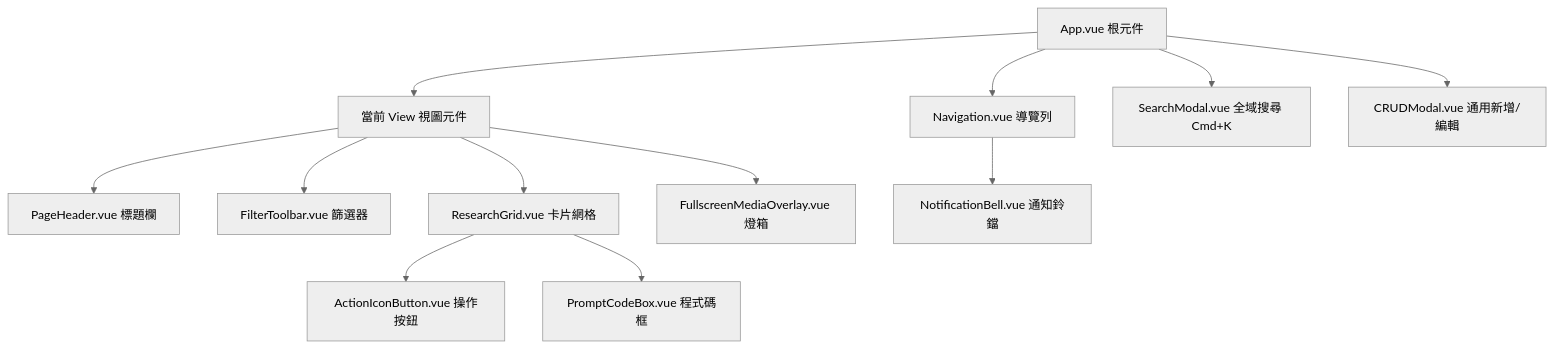
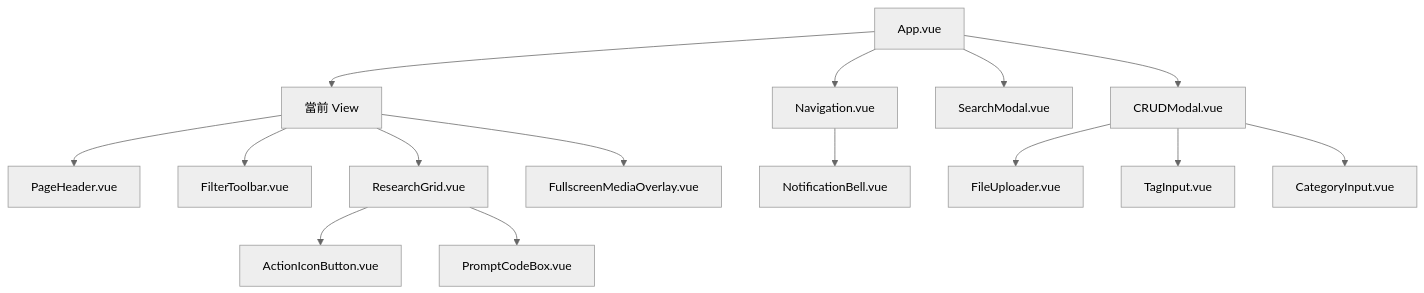
Before and after one commit to Qunioi/designLAB-website: the first of 2 diagrams in README.md, drawn with Mermaid (neutral theme). The commit also changed other lines of this file and 12 other files, not shown here.

````diff
--- a/README.md
+++ b/README.md
@@ -264,16 +184,19 @@
 ```mermaid
 graph TD
-    App[App.vue 根元件] --> Nav[Navigation.vue 導覽列]
-    App --> View[當前 View 視圖元件]
-    App --> Search[SearchModal.vue 全域搜尋 Cmd+K]
-    App --> CRUD[CRUDModal.vue 通用新增/編輯]
+    App[App.vue] --> Nav[Navigation.vue]
+    App --> View[當前 View]
+    App --> Search[SearchModal.vue]
+    App --> CRUD[CRUDModal.vue]
 
-    View --> Header[PageHeader.vue 標題欄]
-    View --> Filter[FilterToolbar.vue 篩選器]
-    View --> Grid[ResearchGrid.vue 卡片網格]
-    View --> Lightbox[FullscreenMediaOverlay.vue 燈箱]
+    View --> Header[PageHeader.vue]
+    View --> Filter[FilterToolbar.vue]
+    View --> Grid[ResearchGrid.vue]
+    View --> Lightbox[FullscreenMediaOverlay.vue]
 
-    Nav --> Bell[NotificationBell.vue 通知鈴鐺]
-    Grid --> Actions[ActionIconButton.vue 操作按鈕]
-    Grid --> Prompt[PromptCodeBox.vue 程式碼框]
+    Nav --> Bell[NotificationBell.vue]
+    Grid --> Actions[ActionIconButton.vue]
+    Grid --> Prompt[PromptCodeBox.vue]
+    CRUD --> Uploader[FileUploader.vue]
+    CRUD --> Tag[TagInput.vue]
+    CRUD --> Category[CategoryInput.vue]
 ```
````
